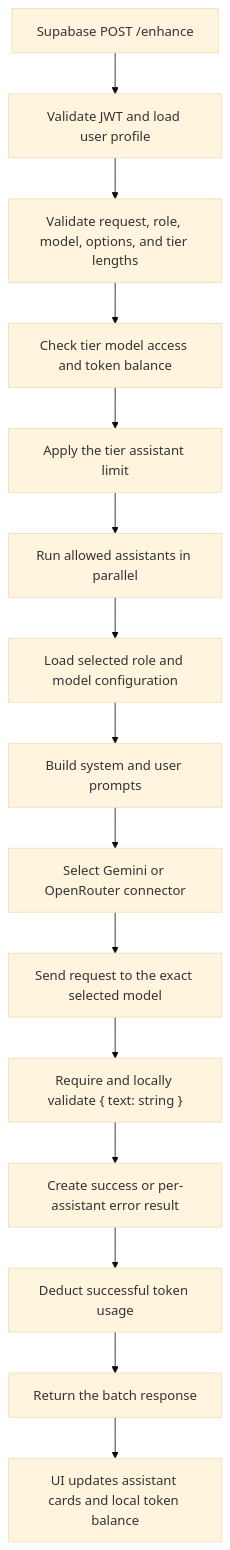
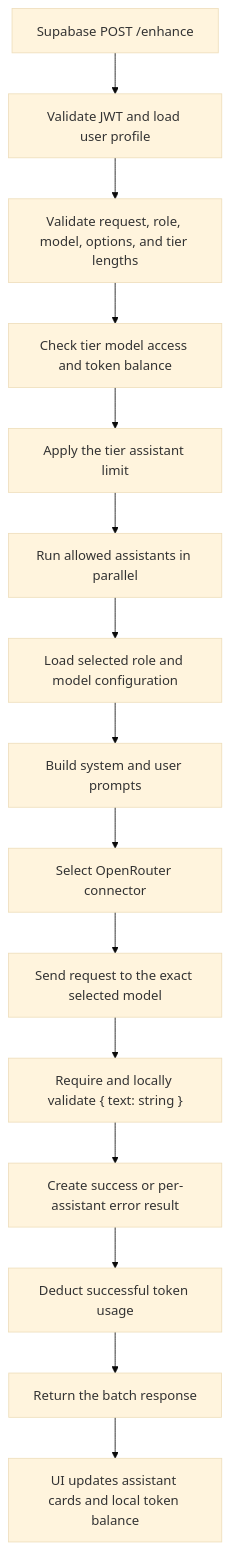
One commit to vsl/ai-text-enhancer changed the second of 3 diagrams in docs/app-flow.md. Above: the diagram before and after it, drawn with Mermaid (base theme). The commit also changed other lines of this file and 60 other files, not shown here.

````diff
--- a/docs/app-flow.md
+++ b/docs/app-flow.md
@@ -68,19 +68,19 @@
 ```mermaid
 flowchart TD
     API["Supabase POST /enhance"] --> AUTH["Validate JWT and load user profile"]
     AUTH --> VALIDATE["Validate request, role, model, options, and tier lengths"]
     VALIDATE --> ACCESS["Check tier model access and token balance"]
     ACCESS --> SPLIT["Apply the tier assistant limit"]
     SPLIT --> PARALLEL["Run allowed assistants in parallel"]
 
     PARALLEL --> LOOKUP["Load selected role and model configuration"]
     LOOKUP --> PROMPT["Build system and user prompts"]
-    PROMPT --> CONNECTOR["Select Gemini or OpenRouter connector"]
+    PROMPT --> CONNECTOR["Select OpenRouter connector"]
     CONNECTOR --> LLM["Send request to the exact selected model"]
     LLM --> JSON["Require and locally validate { text: string }"]
     JSON --> RESULT["Create success or per-assistant error result"]
 
     RESULT --> USAGE["Deduct successful token usage"]
     USAGE --> RESPONSE["Return the batch response"]
     RESPONSE --> UI["UI updates assistant cards and local token balance"]
 ```
````
